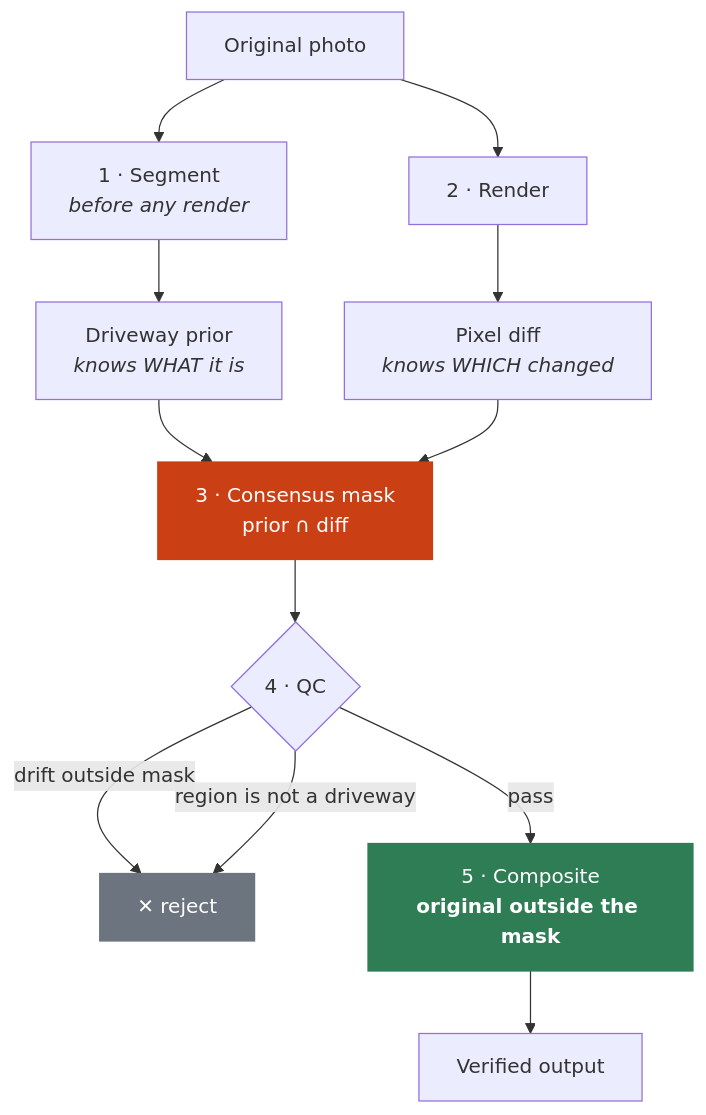
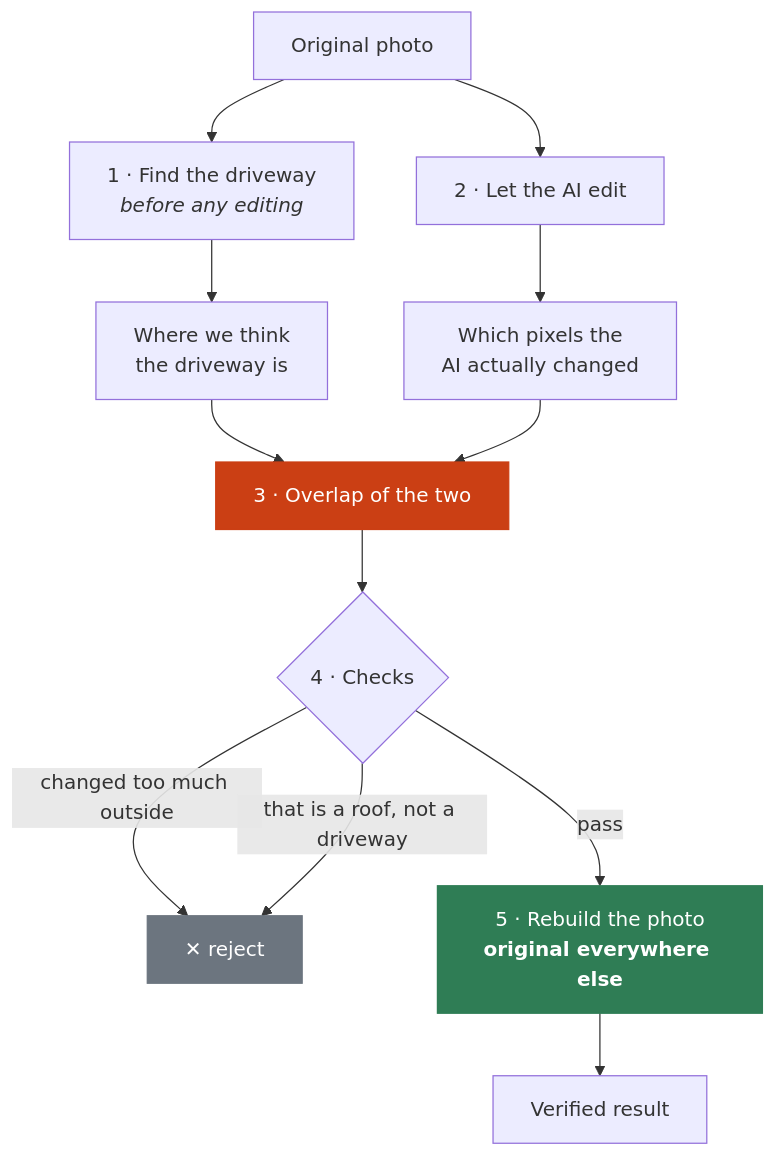
One commit to Zerubabel-J/curbside changed the fourth of 5 diagrams in README.md. Above: the diagram before and after it, drawn with Mermaid. The commit also changed other lines of this file, not shown here.

````diff
--- a/README.md
+++ b/README.md
@@ -141,18 +211,18 @@
 ```mermaid
 flowchart TB
-    ORIG["Original photo"] --> SEG["1 · Segment<br/><i>before any render</i>"]
-    ORIG --> REN["2 · Render"]
-    SEG --> PRIOR["Driveway prior<br/><i>knows WHAT it is</i>"]
-    REN --> DIFF["Pixel diff<br/><i>knows WHICH changed</i>"]
-    PRIOR --> CONS["3 · Consensus mask<br/>prior ∩ diff"]
+    ORIG["Original photo"] --> SEG["1 · Find the driveway<br/><i>before any editing</i>"]
+    ORIG --> REN["2 · Let the AI edit"]
+    SEG --> PRIOR["Where we think<br/>the driveway is"]
+    REN --> DIFF["Which pixels the<br/>AI actually changed"]
+    PRIOR --> CONS["3 · Overlap of the two"]
     DIFF --> CONS
-    CONS --> QC{"4 · QC"}
-    QC -->|"drift outside mask"| FAIL["✕ reject"]
-    QC -->|"region is not a driveway"| FAIL
-    QC -->|pass| COMP["5 · Composite<br/><b>original outside the mask</b>"]
-    COMP --> OUT["Verified output"]
+    CONS --> QC{"4 · Checks"}
+    QC -->|"changed too much outside"| FAIL["✕ reject"]
+    QC -->|"that is a roof, not a driveway"| FAIL
+    QC -->|pass| COMP["5 · Rebuild the photo<br/><b>original everywhere else</b>"]
+    COMP --> OUT["Verified result"]
 
     style CONS fill:#cb3f14,stroke:#cb3f14,color:#fff
     style COMP fill:#2f7d55,stroke:#2f7d55,color:#fff
     style FAIL fill:#6c757f,stroke:#6c757f,color:#fff
 ```
````
